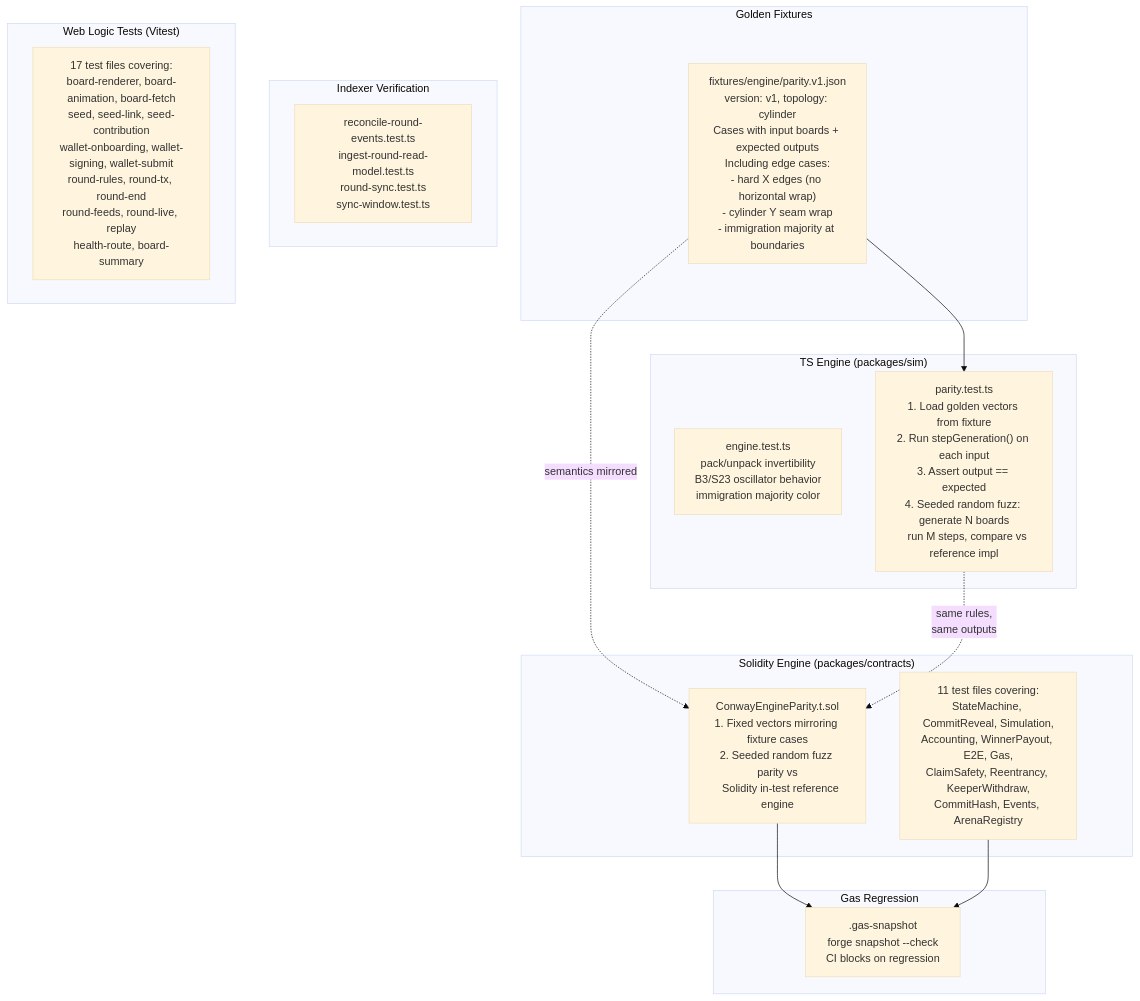
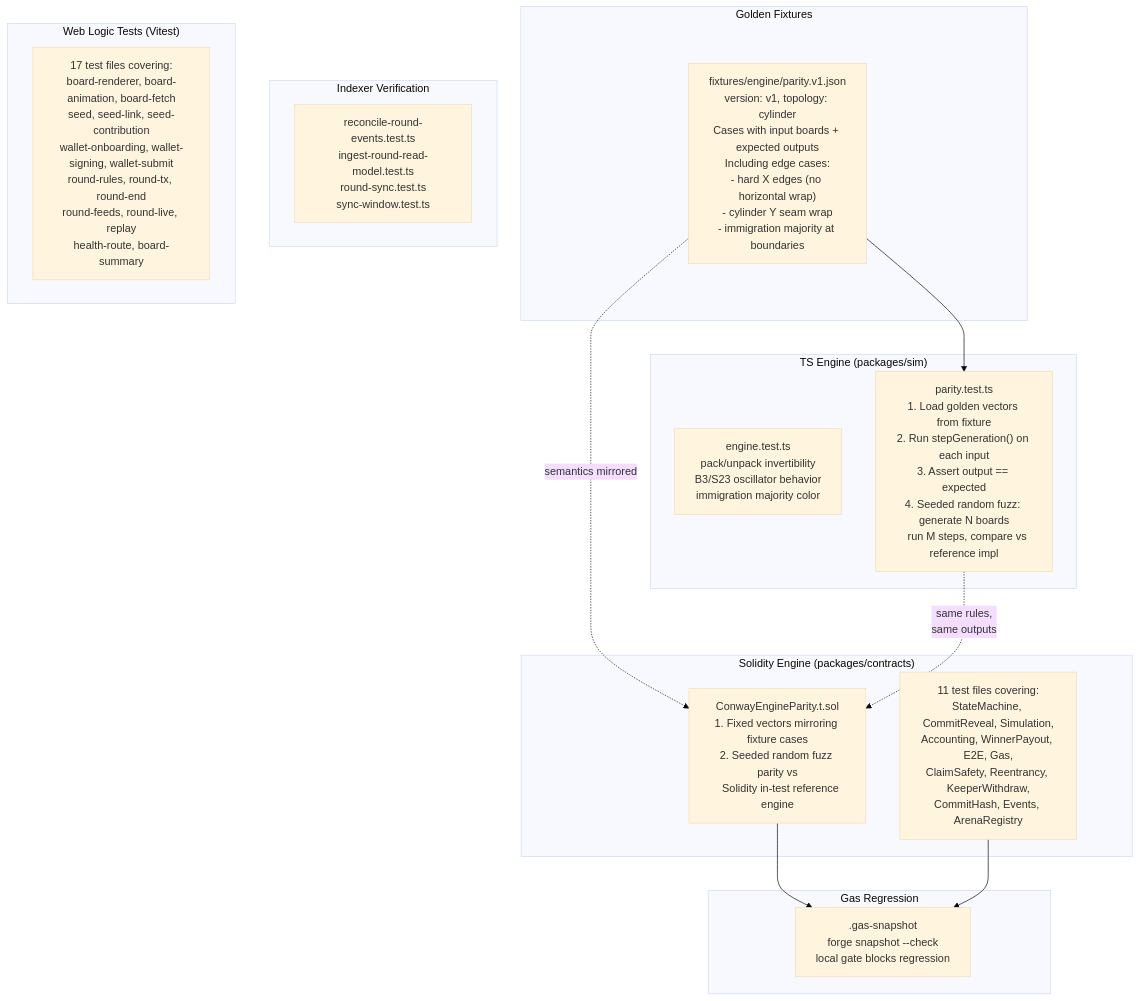
The ninth of 14 diagrams in architecture.md (williamhzo/shape-of-life), drawn with Mermaid (base theme) before and after one commit. The commit also changed other lines of this file and 15 other files, not shown here.

````diff
--- a/architecture.md
+++ b/architecture.md
@@ -681,34 +681,34 @@
 ```mermaid
 flowchart TD
     subgraph "Golden Fixtures"
         FIXTURE["fixtures/engine/parity.v1.json<br/>version: v1, topology: cylinder<br/>Cases with input boards + expected outputs<br/>Including edge cases:<br/>- hard X edges (no horizontal wrap)<br/>- cylinder Y seam wrap<br/>- immigration majority at boundaries"]
     end
 
     subgraph "TS Engine (packages/sim)"
         TS_UNIT["engine.test.ts<br/>pack/unpack invertibility<br/>B3/S23 oscillator behavior<br/>immigration majority color"]
         TS_PARITY["parity.test.ts<br/>1. Load golden vectors from fixture<br/>2. Run stepGeneration() on each input<br/>3. Assert output == expected<br/>4. Seeded random fuzz: generate N boards<br/>   run M steps, compare vs reference impl"]
     end
 
     subgraph "Solidity Engine (packages/contracts)"
         SOL_UNIT["ConwayEngineParity.t.sol<br/>1. Fixed vectors mirroring fixture cases<br/>2. Seeded random fuzz parity vs<br/>   Solidity in-test reference engine"]
         SOL_LIFECYCLE["11 test files covering:<br/>StateMachine, CommitReveal, Simulation,<br/>Accounting, WinnerPayout, E2E, Gas,<br/>ClaimSafety, Reentrancy, KeeperWithdraw,<br/>CommitHash, Events, ArenaRegistry"]
     end
 
     subgraph "Gas Regression"
-        GAS[".gas-snapshot<br/>forge snapshot --check<br/>CI blocks on regression"]
+        GAS[".gas-snapshot<br/>forge snapshot --check<br/>local gate blocks regression"]
     end
 
     subgraph "Indexer Verification"
         IDX_TEST["reconcile-round-events.test.ts<br/>ingest-round-read-model.test.ts<br/>round-sync.test.ts<br/>sync-window.test.ts"]
     end
 
     subgraph "Web Logic Tests (Vitest)"
         WEB_TEST["17 test files covering:<br/>board-renderer, board-animation, board-fetch<br/>seed, seed-link, seed-contribution<br/>wallet-onboarding, wallet-signing, wallet-submit<br/>round-rules, round-tx, round-end<br/>round-feeds, round-live, replay<br/>health-route, board-summary"]
     end
 
     FIXTURE --> TS_PARITY
     FIXTURE -.->|"semantics mirrored"| SOL_UNIT
     TS_PARITY -.->|"same rules,<br/>same outputs"| SOL_UNIT
     SOL_UNIT --> GAS
     SOL_LIFECYCLE --> GAS
 ```
````
